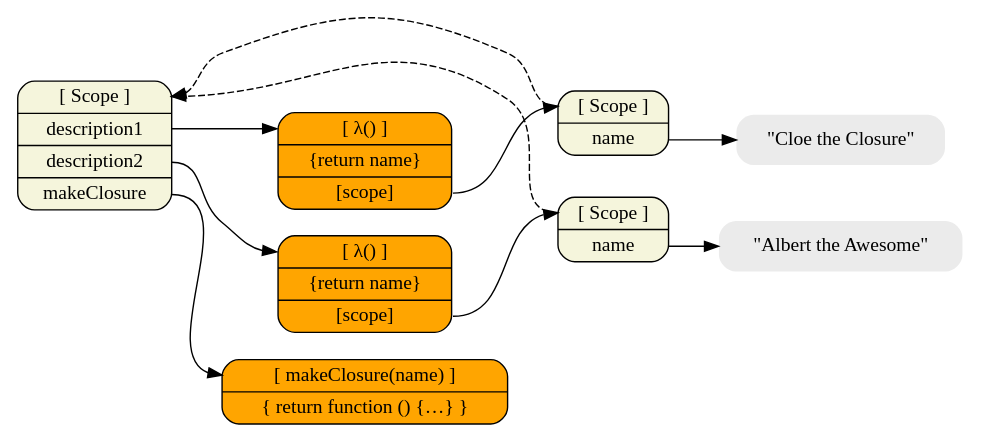
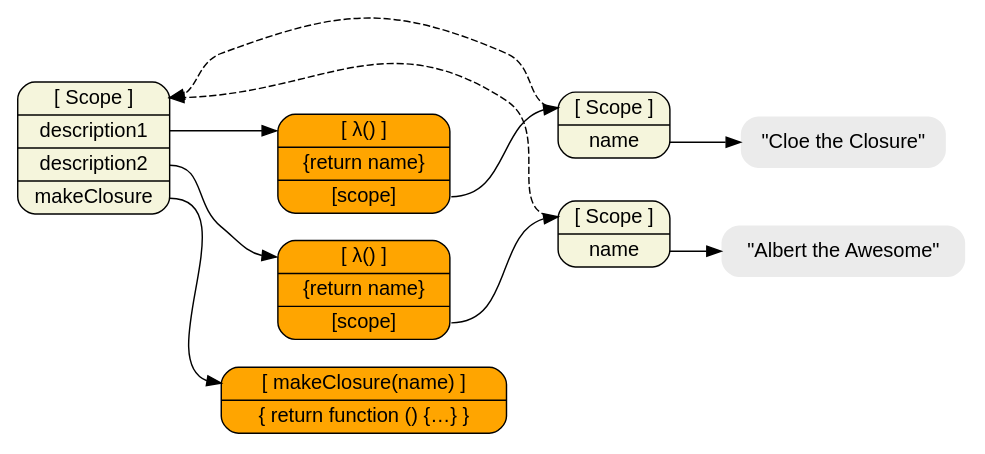
One commit to creationix/howtonode.org changed the diagram in articles/object-graphs/closure.dot. Above: the diagram before and after it, drawn with Graphviz.

Commit message:
Be more explicit about font

```diff
--- a/articles/object-graphs/closure.dot
+++ b/articles/object-graphs/closure.dot
@@ -1,42 +1,42 @@
 digraph finite_state_machine {
 	size="8,5"
 	rankdir = "LR"
-	fontname = "Helvetica"
+	
 
   /* Execution Contexts */
-  node [shape=Mrecord, fillcolor=beige, style=filled];
+  node [shape=Mrecord, fillcolor=beige, style=filled, fontname=Helvetica];
   top [label="<__proto__>[ Scope ]|<description1>description1|<description2>description2|<makeClosure>makeClosure"];
   closure1 [label="<__proto__>[ Scope ]|<name>name"];
   closure2 [label="<__proto__>[ Scope ]|<name>name"];
 
   /* Normal Objects */
-  node [shape = Mrecord, fillcolor=lightskyblue, style=filled];
+  node [shape = Mrecord, fillcolor=lightskyblue, style=filled, fontname=Helvetica];
 
   /* Function Objects */
-  node [shape = Mrecord, fillcolor=orange, style=filled];
+  node [shape = Mrecord, fillcolor=orange, style=filled, fontname=Helvetica];
   fn_makeClosure [label="<__proto__>[ makeClosure(name) ]|\{ return function () \{…\} \}"];
   fn1 [label="<__proto__>[ λ() ]|\{return name\}|<__scope__>[scope]"];
   fn2 [label="<__proto__>[ λ() ]|\{return name\}|<__scope__>[scope]"];
 
   /* Literals */
-  node [shape = plaintext, fillcolor=gray92, style="filled,rounded"];
+  node [shape = plaintext, fillcolor=gray92, style="filled,rounded", fontname=Helvetica];
   cloe [label="\"Cloe the Closure\""]
   albert [label="\"Albert the Awesome\""]
 
   /* References */
   top:makeClosure -> fn_makeClosure:__proto__;
   top:description1 -> fn1:__proto__;
   top:description2 -> fn2:__proto__;
   closure1:name -> cloe;
   closure2:name -> albert;
   fn1:__scope__ -> closure1:__proto__;
   fn2:__scope__ -> closure2:__proto__;
 
   /* Inheritance Chains */
   edge [style=dashed]
   closure1:__proto__ -> top:__proto__;
   closure2:__proto__ -> top:__proto__;
 
 
 
 }
```
